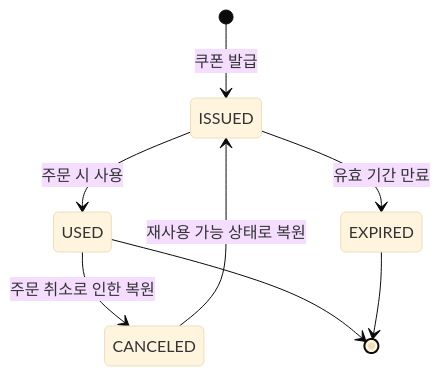
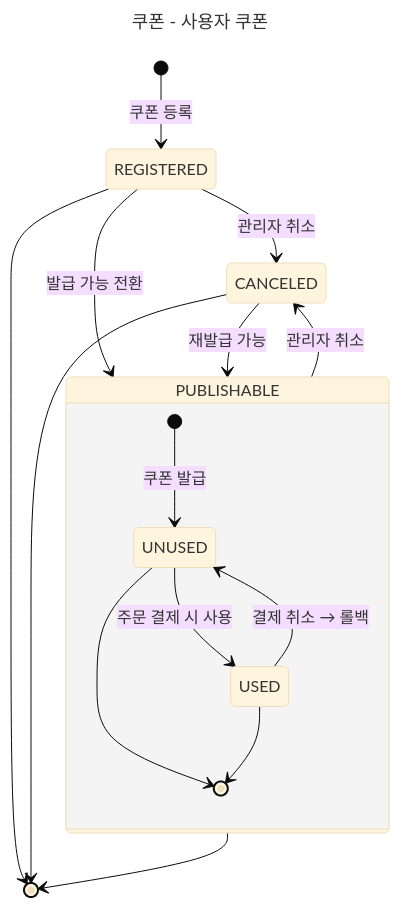
Before and after one commit to gokid96/e-commerce: the third of 4 diagrams in docs/architecture/03-2.StateDiagram.md, drawn with Mermaid (base theme). The commit also changed other lines of this file, not shown here.

Commit message:
[DOCS] 상태 다이어그램 ERD 정합 (쿠폰 중첩 구조, 상품 상태 추가)

````diff
--- a/docs/architecture/03-2.StateDiagram.md
+++ b/docs/architecture/03-2.StateDiagram.md
@@ -55,10 +64,21 @@
 ```mermaid
+---
+title: 쿠폰 - 사용자 쿠폰
+---
 stateDiagram-v2
-[*] --> ISSUED: 쿠폰 발급
-ISSUED --> USED: 주문 시 사용
-ISSUED --> EXPIRED: 유효 기간 만료
-USED --> CANCELED: 주문 취소로 인한 복원
-CANCELED --> ISSUED: 재사용 가능 상태로 복원
-USED --> [*]
-EXPIRED --> [*]
+    [*] --> REGISTERED: 쿠폰 등록
+    REGISTERED --> PUBLISHABLE: 발급 가능 전환
+    REGISTERED --> CANCELED: 관리자 취소
+    PUBLISHABLE --> CANCELED: 관리자 취소
+    CANCELED --> PUBLISHABLE: 재발급 가능
+    state PUBLISHABLE {
+        [*] --> UNUSED: 쿠폰 발급
+        UNUSED --> USED: 주문 결제 시 사용
+        USED --> UNUSED: 결제 취소 → 롤백
+        UNUSED --> [*]
+        USED --> [*]
+    }
+    REGISTERED --> [*]
+    PUBLISHABLE --> [*]
+    CANCELED --> [*]
 ```
````
